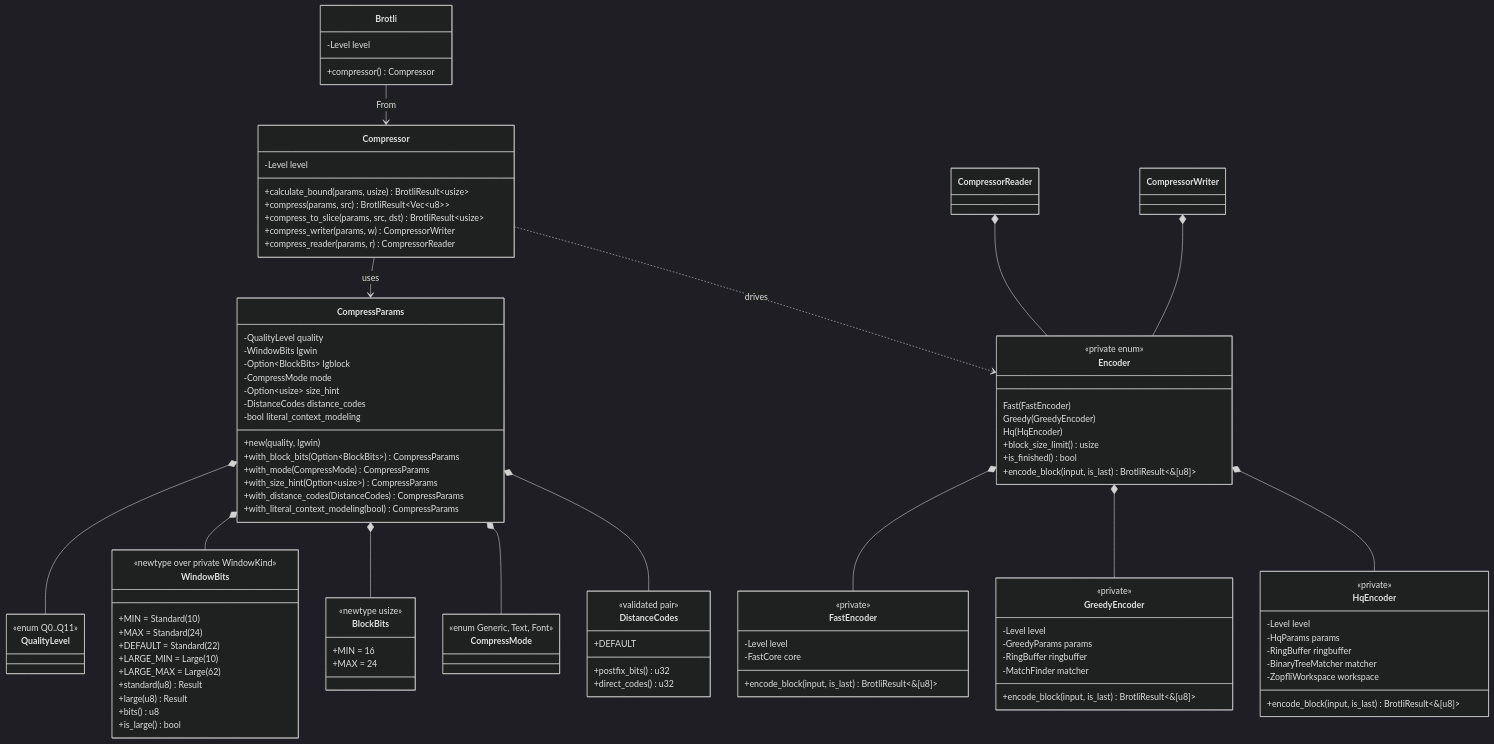
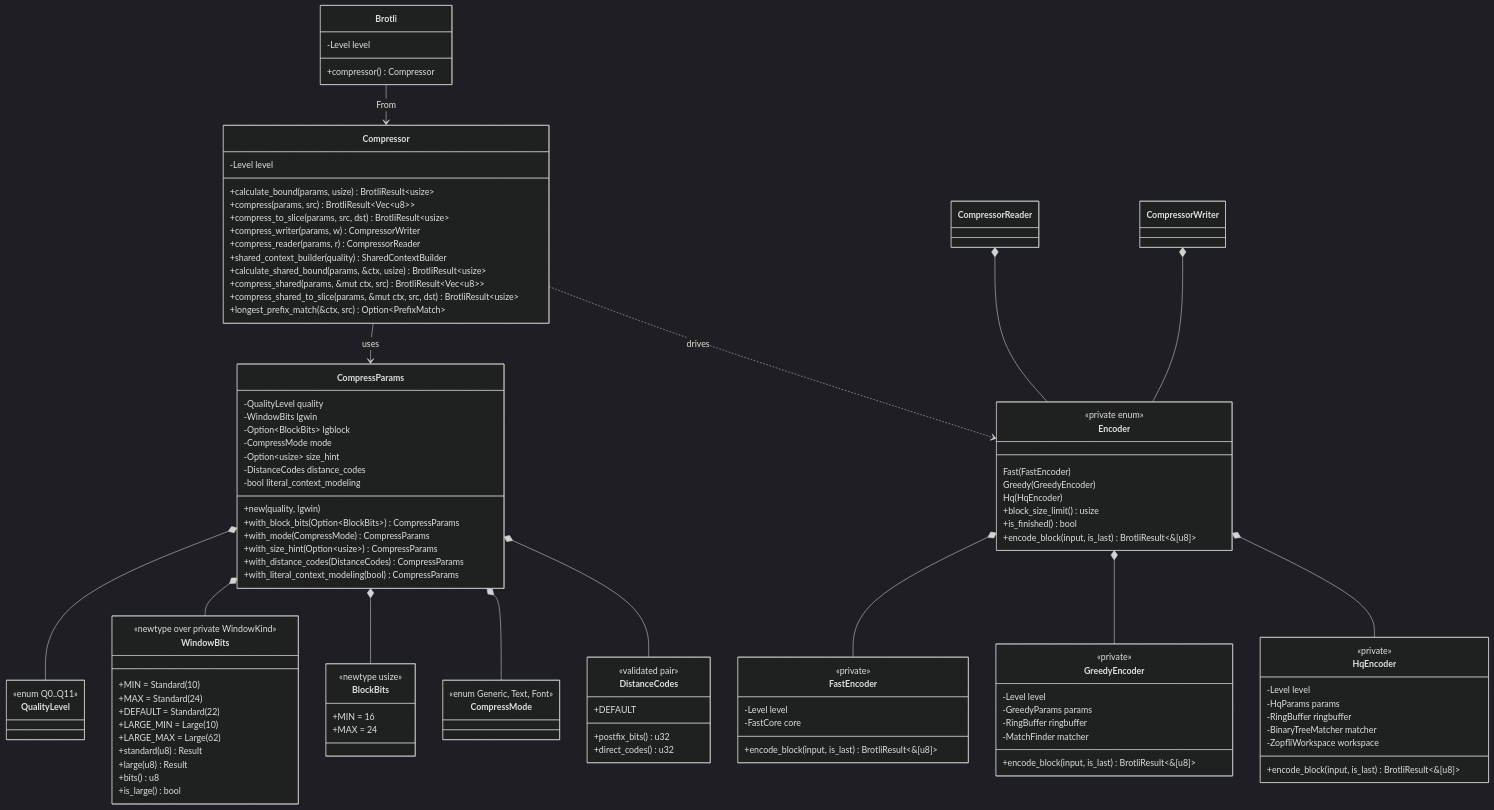
One commit to Mnwa/mbrotli changed the second of 8 diagrams in architecture/compressor.md. Above: the diagram before and after it, drawn with Mermaid (dark theme). The commit also changed other lines of this file and 43 other files, not shown here.

```diff
--- a/architecture/compressor.md
+++ b/architecture/compressor.md
@@ -78,6 +84,11 @@
         +compress_to_slice(params, src, dst) BrotliResult~usize~
         +compress_writer(params, w) CompressorWriter
         +compress_reader(params, r) CompressorReader
+        +shared_context_builder(quality) SharedContextBuilder
+        +calculate_shared_bound(params, &ctx, usize) BrotliResult~usize~
+        +compress_shared(params, &mut ctx, src) BrotliResult~Vec~u8~~
+        +compress_shared_to_slice(params, &mut ctx, src, dst) BrotliResult~usize~
+        +longest_prefix_match(&ctx, src) Option~PrefixMatch~
     }
     class CompressParams {
         -QualityLevel quality
```
